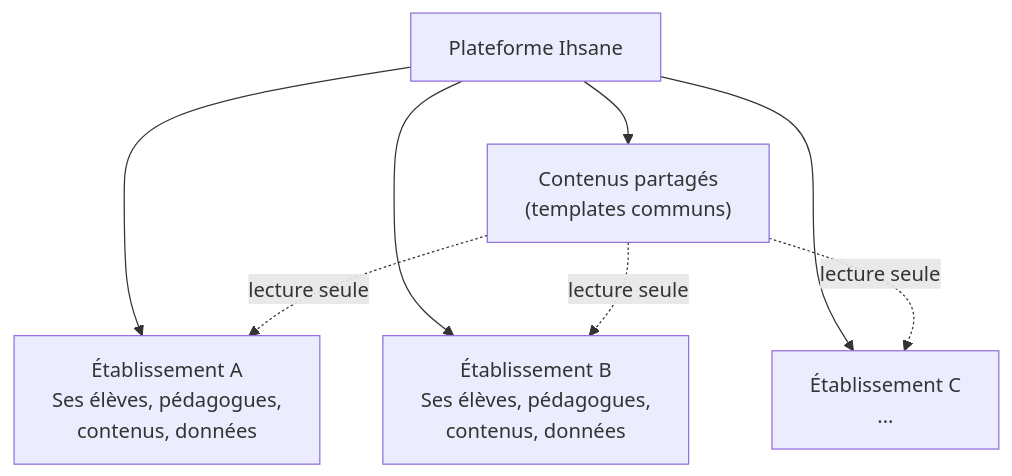
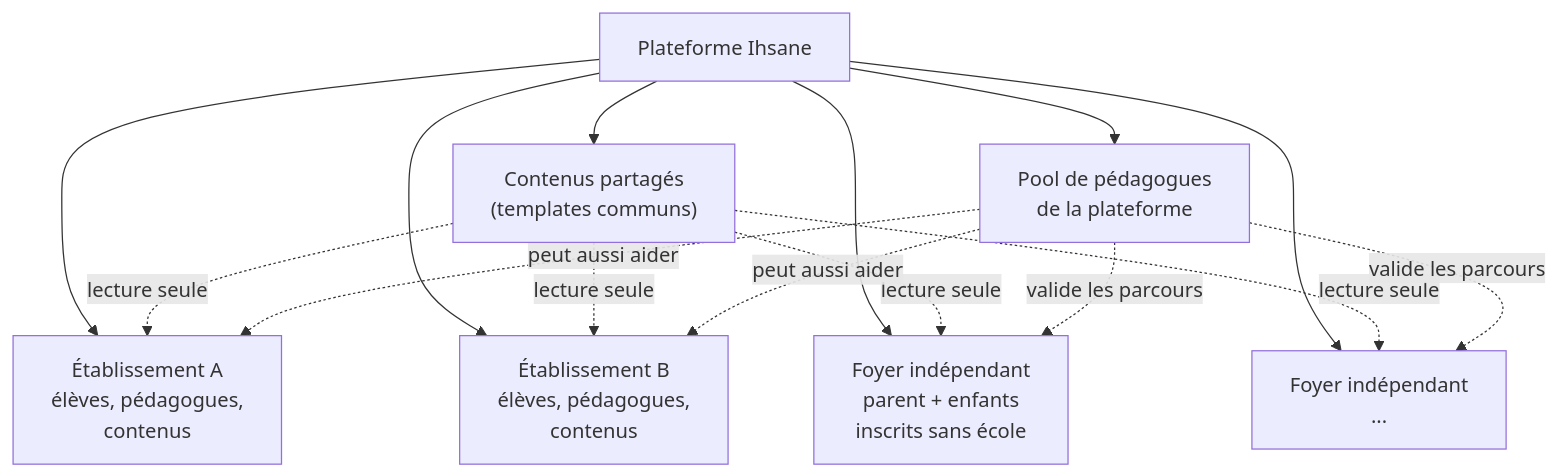
The sixth of 7 diagrams in _bmad-output/planning-artifacts/architecture/ARCHITECTURE-WALKTHROUGH.md (a2mus/smart-da3m), drawn with Mermaid before and after one commit. The commit also changed other lines of this file and 2 other files, not shown here.

Commit message:
docs(architecture,spec): hybrid tenant model — schools + households
- AD-4 rewritten: Organization has type (SCHOOL or HOUSEHOLD)
- All roles many-to-many via OrganizationMember (parents with children
  in different schools, experts supervising multiple schools)
- Independent parents self-register → auto-created household org
- Platform-level pedagogue pool validates proposals for household students
- Proposal routing: SCHOOL → that school's experts; HOUSEHOLD → platform pool
- Walkthrough updated with household mode + pedagogue pool explanation

````diff
--- a/_bmad-output/planning-artifacts/architecture/ARCHITECTURE-WALKTHROUGH.md
+++ b/_bmad-output/planning-artifacts/architecture/ARCHITECTURE-WALKTHROUGH.md
@@ -230,16 +238,25 @@
 ```mermaid
 graph TB
     PLATFORM["Plateforme Ihsane"]
-    ORG1["Établissement A<br/>Ses élèves, pédagogues,<br/>contenus, données"]
-    ORG2["Établissement B<br/>Ses élèves, pédagogues,<br/>contenus, données"]
-    ORG3["Établissement C<br/>..."]
+    ORG1["Établissement A<br/>élèves, pédagogues,<br/>contenus"]
+    ORG2["Établissement B<br/>élèves, pédagogues,<br/>contenus"]
+    HOUSE1["Foyer indépendant<br/>parent + enfants<br/>inscrits sans école"]
+    HOUSE2["Foyer indépendant<br/>..."]
     SHARED["Contenus partagés<br/>(templates communs)"]
+    POOL["Pool de pédagogues<br/>de la plateforme"]
 
     PLATFORM --> ORG1
     PLATFORM --> ORG2
-    PLATFORM --> ORG3
+    PLATFORM --> HOUSE1
+    PLATFORM --> HOUSE2
     PLATFORM --> SHARED
+    PLATFORM --> POOL
     SHARED -.->|lecture seule| ORG1
     SHARED -.->|lecture seule| ORG2
-    SHARED -.->|lecture seule| ORG3
+    SHARED -.->|lecture seule| HOUSE1
+    SHARED -.->|lecture seule| HOUSE2
+    POOL -.->|valide les parcours| HOUSE1
+    POOL -.->|valide les parcours| HOUSE2
+    POOL -.->|peut aussi aider| ORG1
+    POOL -.->|peut aussi aider| ORG2
 ```
````
